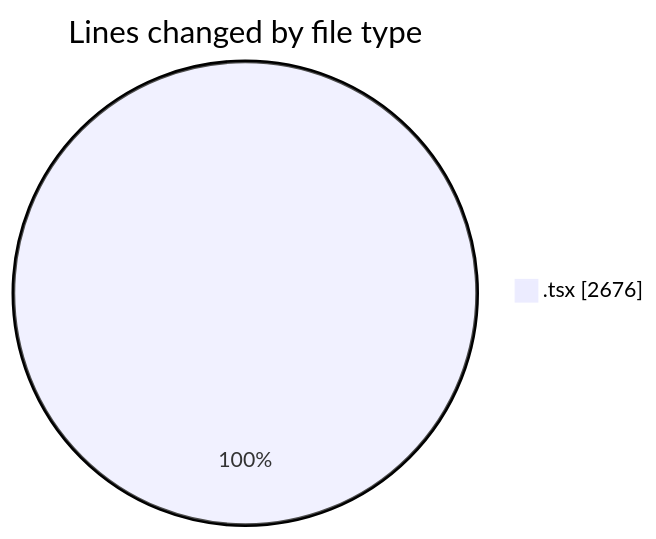
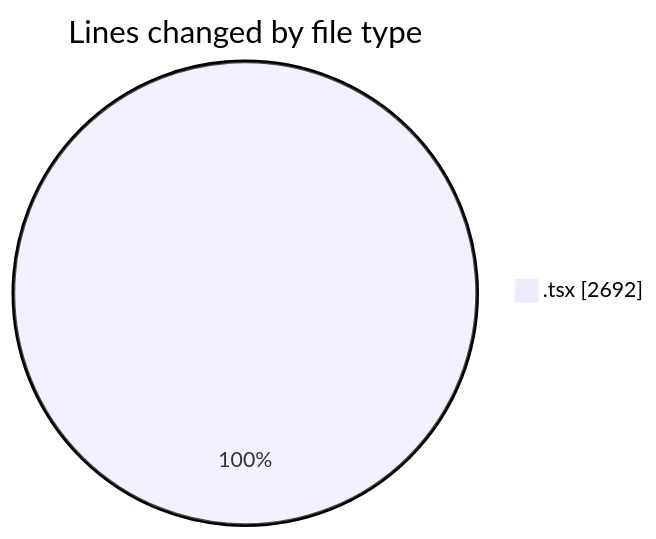
The first of 2 diagrams in 2025-11-21/cda/README.md (momahboobian/code-tracking), drawn with Mermaid before and after one commit. The commit also changed other lines of this file and 1 other file, not shown here.

````diff
--- a/2025-11-21/cda/README.md
+++ b/2025-11-21/cda/README.md
@@ -23,5 +23,5 @@
 ```mermaid
 pie showData
 title Lines changed by file type
-".tsx" : 2676
+".tsx" : 2692
 ```
````
